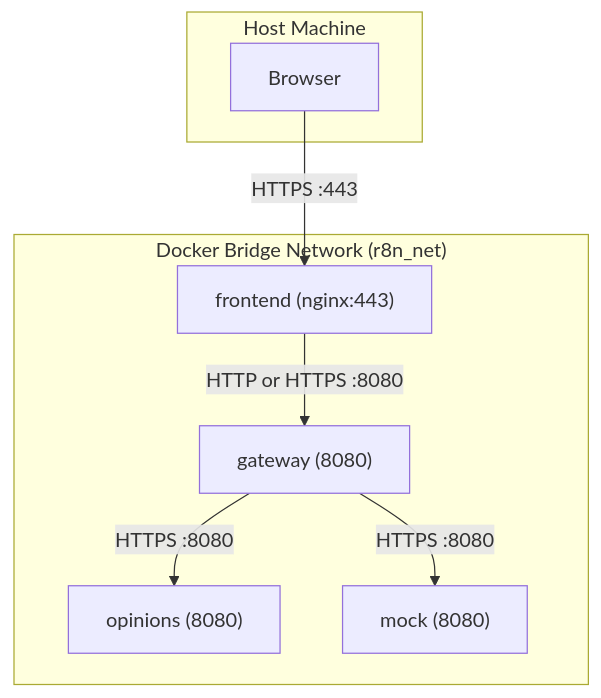
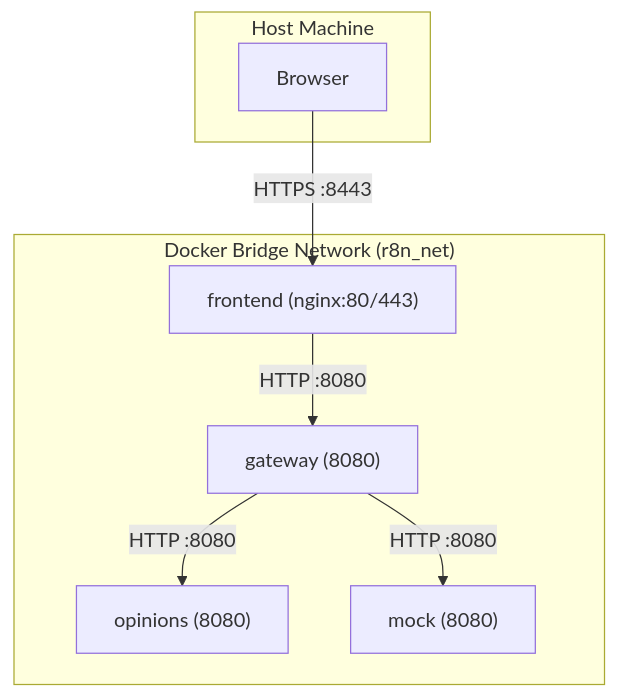
Before and after one commit to owrmille/r8n: the fourth of 4 diagrams in docs/docker-architecture.md, drawn with Mermaid. The commit also changed other lines of this file and 6 other files, not shown here.

````diff
--- a/docs/docker-architecture.md
+++ b/docs/docker-architecture.md
@@ -97,18 +101,18 @@
 ```mermaid
 graph TB
   subgraph Host["Host Machine"]
     Browser["Browser"]
   end
 
   subgraph Docker["Docker Bridge Network (r8n_net)"]
-    Nginx["frontend (nginx:443)"]
+    Nginx["frontend (nginx:80/443)"]
     Gateway["gateway (8080)"]
     Opinions["opinions (8080)"]
     Mock["mock (8080)"]
   end
 
-  Browser -->|"HTTPS :443"| Nginx
-  Nginx -->|"HTTP or HTTPS :8080"| Gateway
-  Gateway -->|"HTTPS :8080"| Opinions
-  Gateway -->|"HTTPS :8080"| Mock
+  Browser -->|"HTTPS :8443"| Nginx
+  Nginx -->|"HTTP :8080"| Gateway
+  Gateway -->|"HTTP :8080"| Opinions
+  Gateway -->|"HTTP :8080"| Mock
 ```
````
